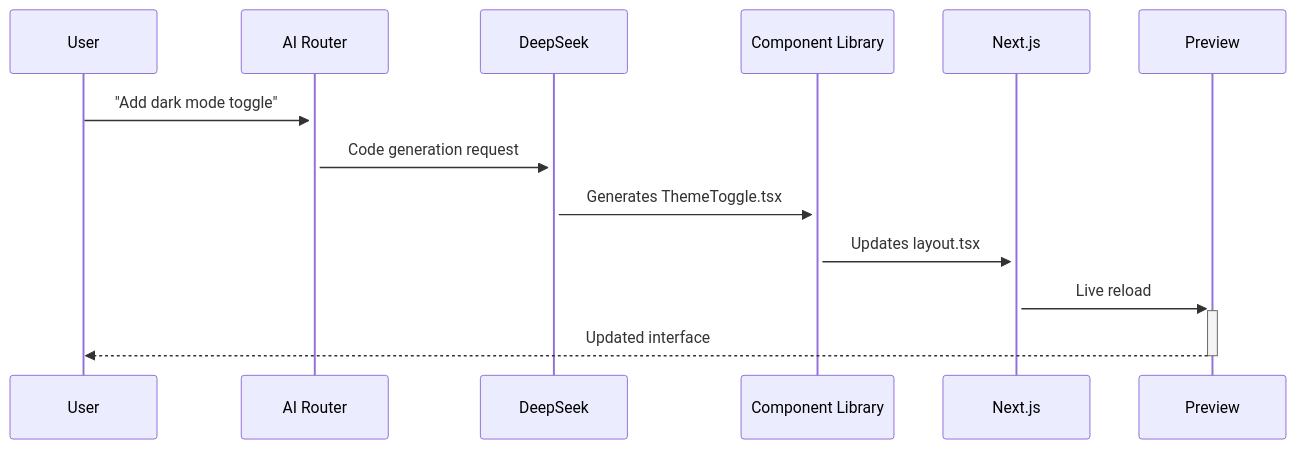
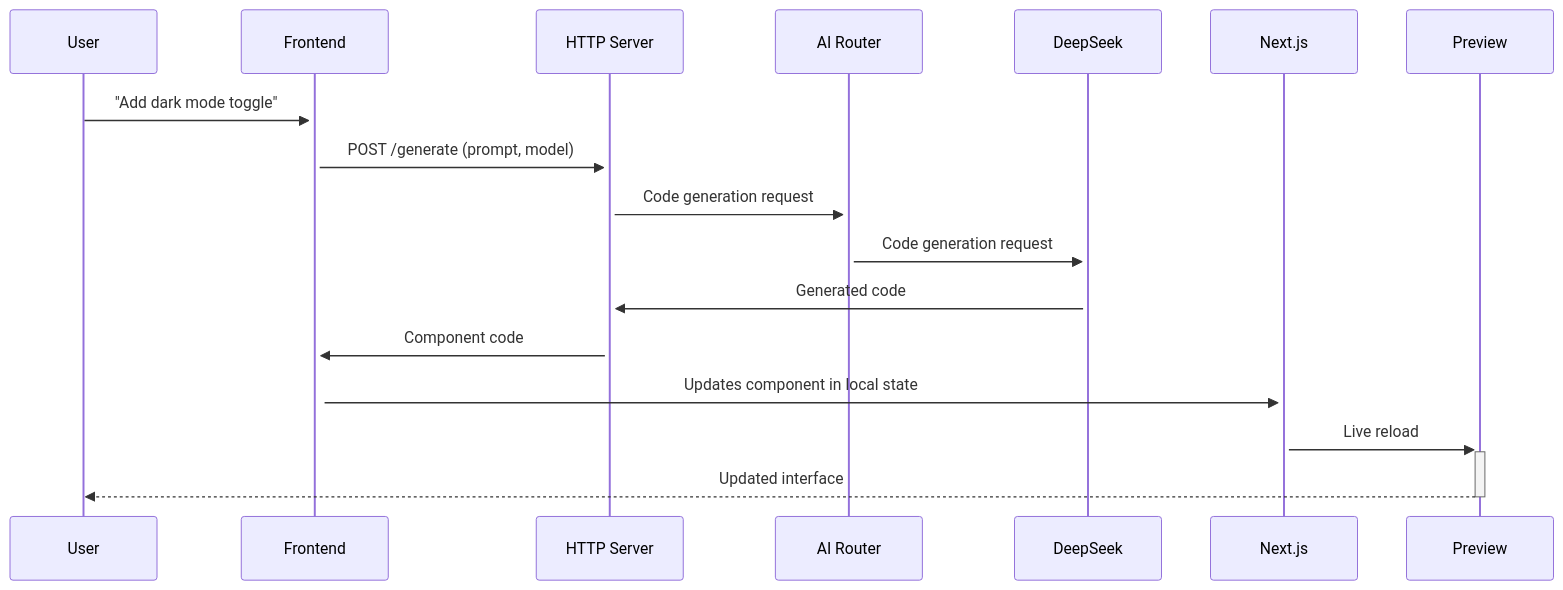
Before and after one commit to jbraide/ai-landing-page-builder: the second of 2 diagrams in docs/design_specs/design_specs.md, drawn with Mermaid. The commit also changed other lines of this file and 5 other files, not shown here.

````diff
--- a/docs/design_specs/design_specs.md
+++ b/docs/design_specs/design_specs.md
@@ -133,9 +133,12 @@
 ```mermaid
 sequenceDiagram
-    User->>+AI Router: "Add dark mode toggle"
+    User->>+Frontend: "Add dark mode toggle"
+    Frontend->>+HTTP Server: POST /generate (prompt, model)
+    HTTP Server->>+AI Router: Code generation request
     AI Router->>+DeepSeek: Code generation request
-    DeepSeek->>+Component Library: Generates ThemeToggle.tsx
-    Component Library->>+Next.js: Updates layout.tsx
+    DeepSeek->>+HTTP Server: Generated code
+    HTTP Server->>+Frontend: Component code
+    Frontend->>+Next.js: Updates component in local state
     Next.js->>+Preview: Live reload
     Preview-->>-User: Updated interface
 ```
````
